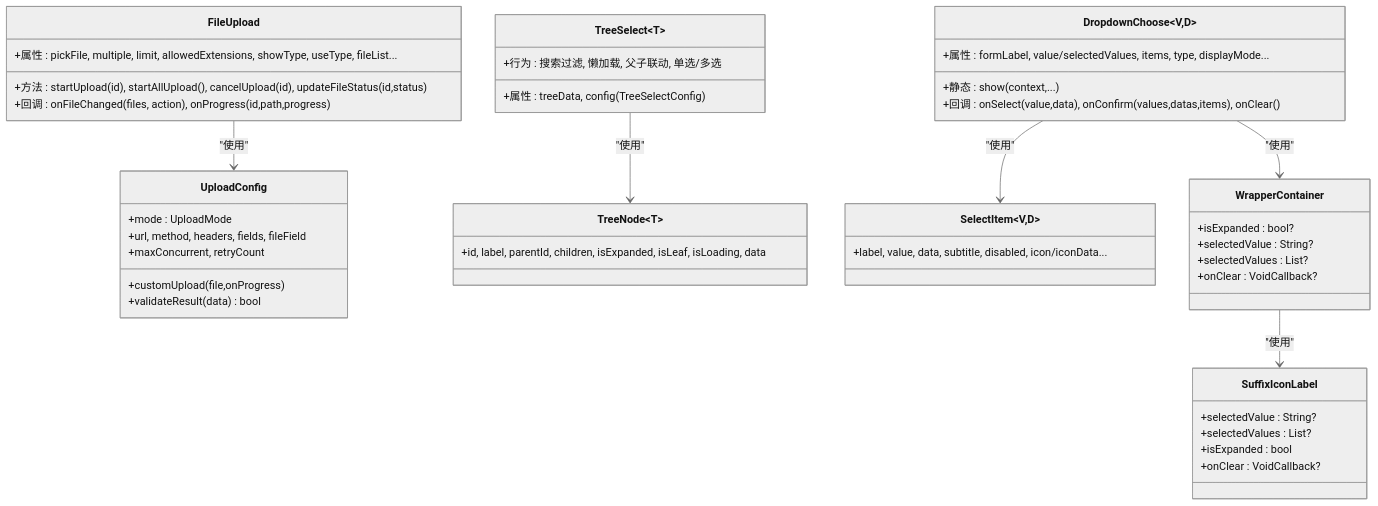
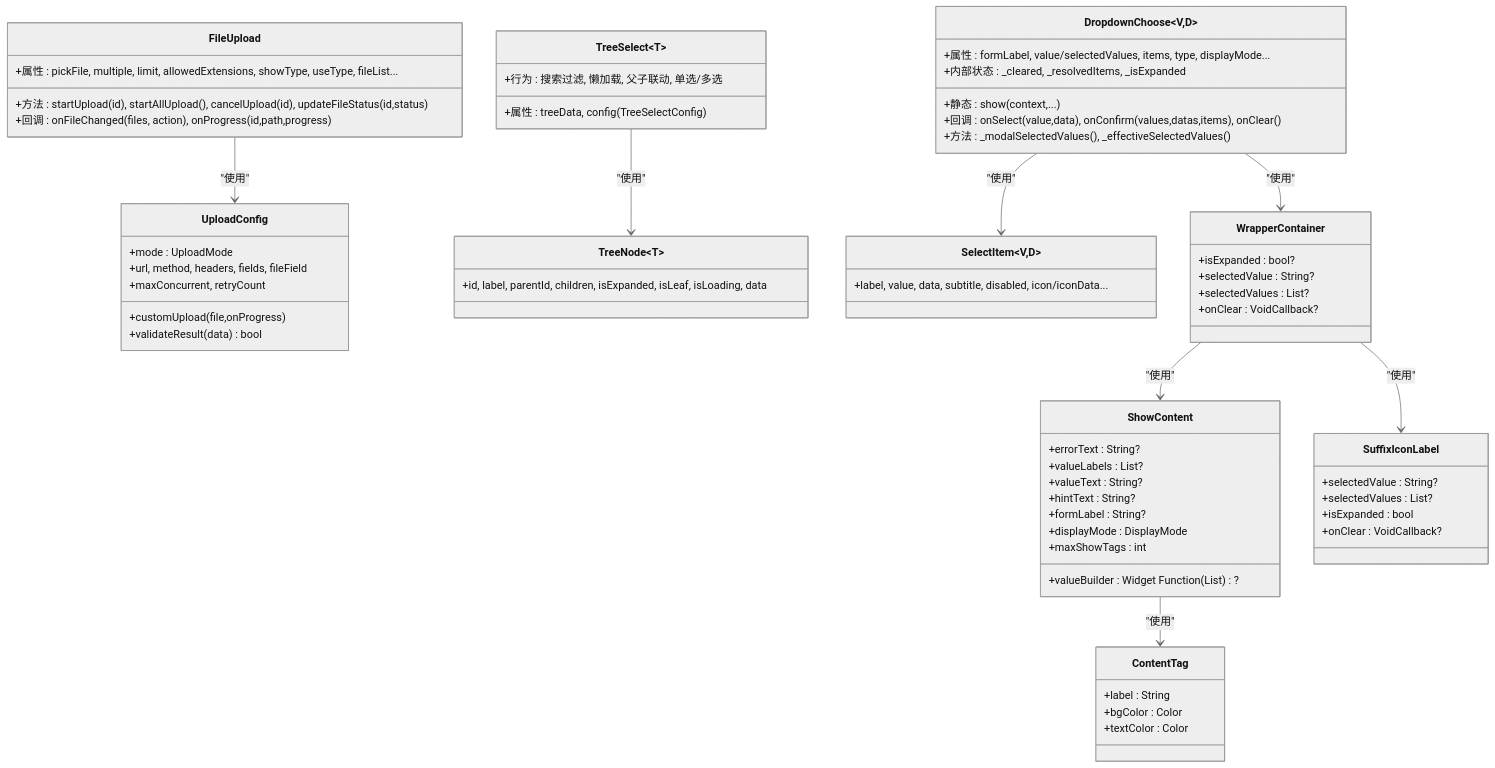
The second of 11 diagrams in .qoder/repowiki/zh/content/API 参考/高级组件 API/高级组件 API.md (yuzhido/lite-ui), drawn with Mermaid (neutral theme) before and after one commit. The commit also changed other lines of this file and 44 other files, not shown here.

````diff
--- a/.qoder/repowiki/zh/content/API 参考/高级组件 API/高级组件 API.md
+++ b/.qoder/repowiki/zh/content/API 参考/高级组件 API/高级组件 API.md
@@ -83,47 +85,66 @@
 ```mermaid
 classDiagram
 class FileUpload {
 +属性 : pickFile, multiple, limit, allowedExtensions, showType, useType, fileList...
 +方法 : startUpload(id), startAllUpload(), cancelUpload(id), updateFileStatus(id,status)
 +回调 : onFileChanged(files, action), onProgress(id,path,progress)
 }
 class UploadConfig {
 +mode : UploadMode
 +url, method, headers, fields, fileField
 +maxConcurrent, retryCount
 +customUpload(file,onProgress)
 +validateResult(data) bool
 }
 class DropdownChoose~V,D~ {
 +属性 : formLabel, value/selectedValues, items, type, displayMode...
 +静态 : show(context,...)
 +回调 : onSelect(value,data), onConfirm(values,datas,items), onClear()
++内部状态 : _cleared, _resolvedItems, _isExpanded
++方法 : _modalSelectedValues(), _effectiveSelectedValues()
 }
 class TreeSelect~T~ {
 +属性 : treeData, config(TreeSelectConfig)
 +行为 : 搜索过滤, 懒加载, 父子联动, 单选/多选
 }
 class TreeNode~T~ {
 +id, label, parentId, children, isExpanded, isLeaf, isLoading, data
 }
 class SelectItem~V,D~ {
 +label, value, data, subtitle, disabled, icon/iconData...
 }
 class WrapperContainer {
 +isExpanded : bool?
 +selectedValue : String?
 +selectedValues : List<String>?
 +onClear : VoidCallback?
 }
+class ShowContent {
++errorText : String?
++valueLabels : List<String>?
++valueText : String?
++hintText : String?
++formLabel : String?
++displayMode : DisplayMode
++maxShowTags : int
++valueBuilder : Widget Function(List<String>)?
+}
 class SuffixIconLabel {
 +selectedValue : String?
 +selectedValues : List<String>?
 +isExpanded : bool
 +onClear : VoidCallback?
 }
+class ContentTag {
++label : String
++bgColor : Color
++textColor : Color
+}
 FileUpload --> UploadConfig : "使用"
 DropdownChoose --> SelectItem : "使用"
 DropdownChoose --> WrapperContainer : "使用"
+WrapperContainer --> ShowContent : "使用"
 WrapperContainer --> SuffixIconLabel : "使用"
+ShowContent --> ContentTag : "使用"
 TreeSelect --> TreeNode : "使用"
 ```
````
